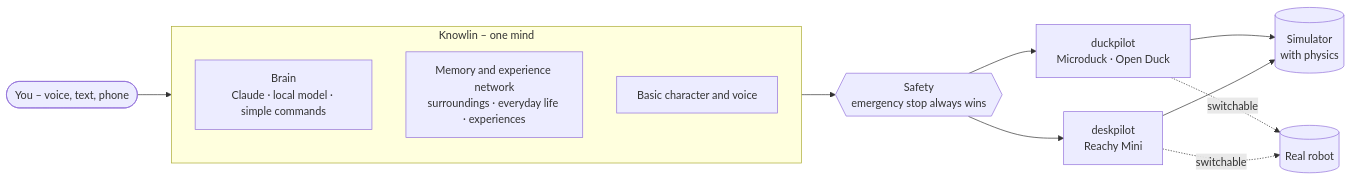
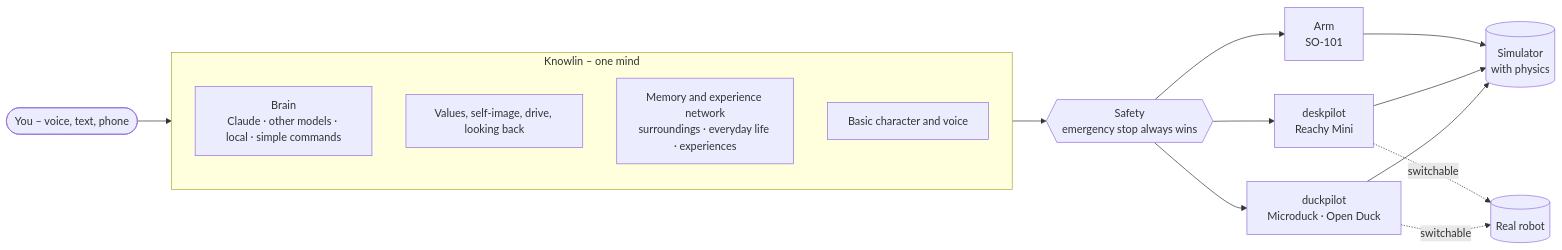
One commit to knowlin-ai/knowlin changed the diagram in README.en.md. Above: the diagram before and after it, drawn with Mermaid. The commit also changed other lines of this file and 35 other files, not shown here.

````diff
--- a/README.en.md
+++ b/README.en.md
@@ -112,17 +130,20 @@
 ```mermaid
 flowchart LR
   Human(["You – voice, text, phone"]) --> Mind
   subgraph Mind["Knowlin – one mind"]
     direction TB
-    Brain["Brain<br/>Claude · local model · simple commands"]
+    Brain["Brain<br/>Claude · other models · local · simple commands"]
+    Values["Values, self-image, drive, looking back"]
     Memory["Memory and experience network<br/>surroundings · everyday life · experiences"]
     Character["Basic character and voice"]
   end
   Mind --> Safety{{"Safety<br/>emergency stop always wins"}}
   Safety --> D["duckpilot<br/>Microduck · Open Duck"]
   Safety --> R["deskpilot<br/>Reachy Mini"]
+  Safety --> A["Arm<br/>SO-101"]
   D --> Sim[("Simulator<br/>with physics")]
   R --> Sim
+  A --> Sim
   D -. "switchable" .-> Real[("Real robot")]
   R -. "switchable" .-> Real
 ```
````
